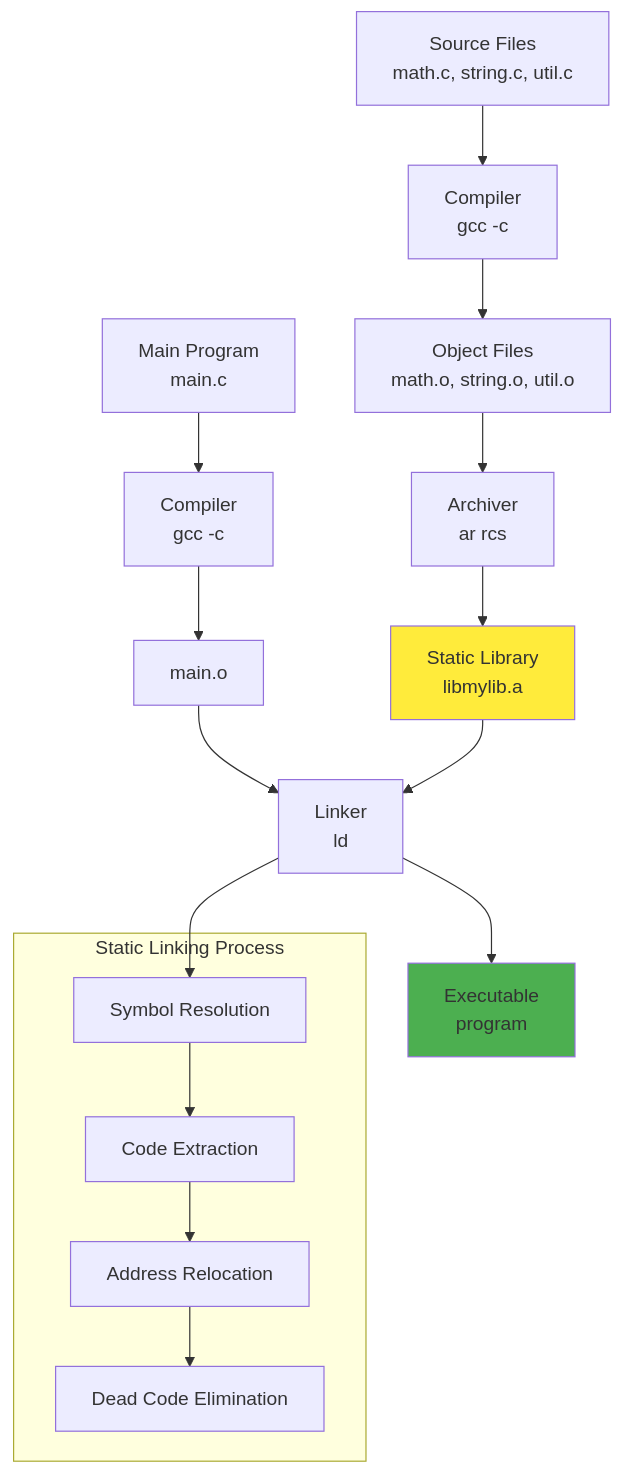
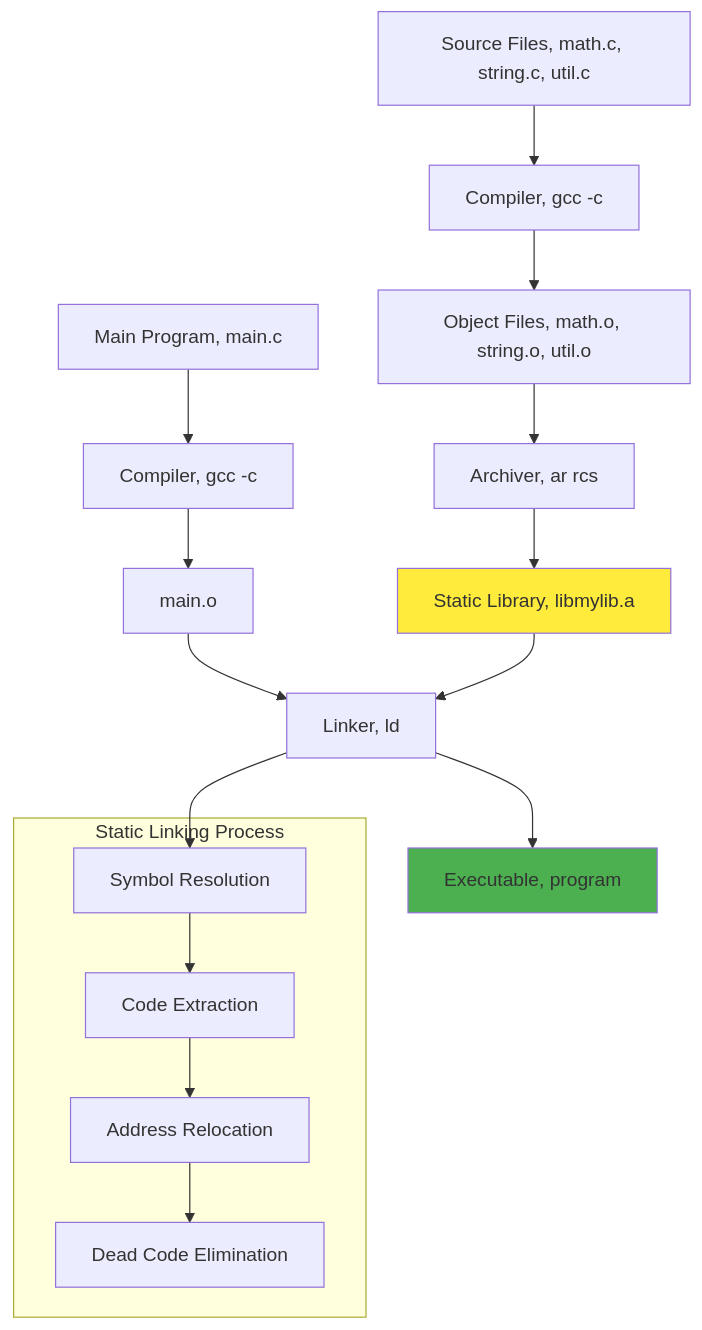
Before and after one commit to choru-k/choru-wiki: the diagram in docs/cs/compilation/static-library.md, drawn with Mermaid. The commit also changed other lines of this file and 5 other files, not shown here.

````diff
--- a/docs/cs/compilation/static-library.md
+++ b/docs/cs/compilation/static-library.md
@@ -26,29 +26,29 @@
 ```mermaid
 graph TB
-    A[Source Files<br/>math.c, string.c, util.c] --> B[Compiler<br/>gcc -c]
-    B --> C[Object Files<br/>math.o, string.o, util.o]
-    C --> D[Archiver<br/>ar rcs]
-    D --> E[Static Library<br/>libmylib.a]
+    A[Source Files, math.c, string.c, util.c] --> B[Compiler, gcc -c]
+    B --> C[Object Files, math.o, string.o, util.o]
+    C --> D[Archiver, ar rcs]
+    D --> E[Static Library, libmylib.a]
     
-    F[Main Program<br/>main.c] --> G[Compiler<br/>gcc -c]
+    F[Main Program, main.c] --> G[Compiler, gcc -c]
     G --> H[main.o]
     
-    H --> I[Linker<br/>ld]
+    H --> I[Linker, ld]
     E --> I
-    I --> J[Executable<br/>program]
+    I --> J[Executable, program]
     
     subgraph "Static Linking Process"
         K[Symbol Resolution]
         L[Code Extraction]
         M[Address Relocation]
         N[Dead Code Elimination]
     end
     
     I --> K
     K --> L
     L --> M
     M --> N
     
     style E fill:#ffeb3b
     style J fill:#4caf50
 ```
````
